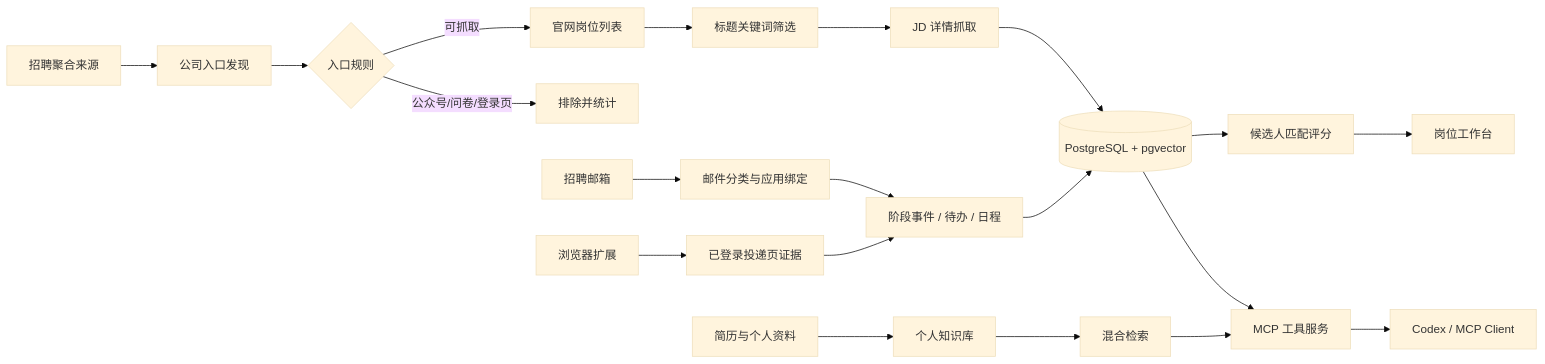
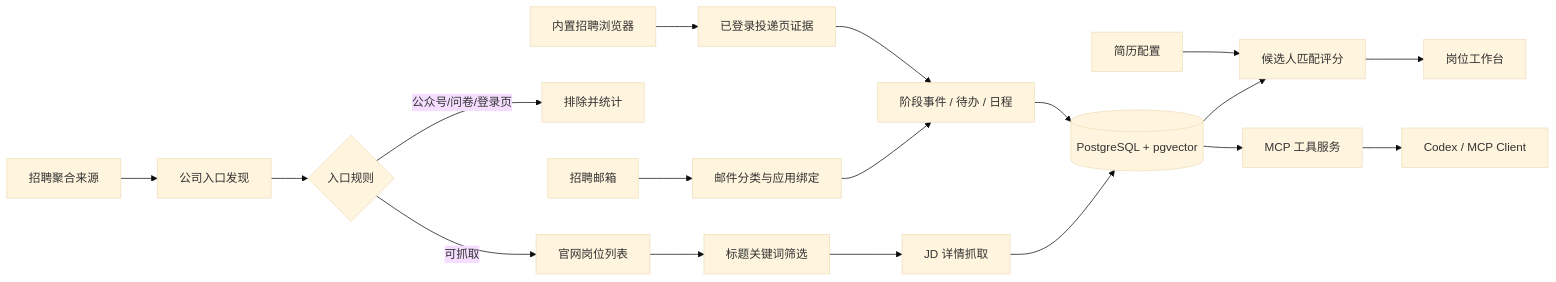
The diagram in README.md (849879772/recruitops-agent), drawn with Mermaid (base theme) before and after one commit. The commit also changed other lines of this file and 251 other files, not shown here.

````diff
--- a/README.md
+++ b/README.md
@@ -58,24 +57,22 @@
 ```mermaid
 flowchart LR
     A[招聘聚合来源] --> B[公司入口发现]
     B --> C{入口规则}
     C -->|可抓取| D[官网岗位列表]
     C -->|公众号/问卷/登录页| X[排除并统计]
     D --> E[标题关键词筛选]
     E --> F[JD 详情抓取]
     F --> G[(PostgreSQL + pgvector)]
     G --> H[候选人匹配评分]
     H --> I[岗位工作台]
 
     J[招聘邮箱] --> K[邮件分类与应用绑定]
     K --> L[阶段事件 / 待办 / 日程]
-    M[浏览器扩展] --> N[已登录投递页证据]
+    M[内置招聘浏览器] --> N[已登录投递页证据]
     N --> L
     L --> G
 
-    P[简历与个人资料] --> Q[个人知识库]
-    Q --> R[混合检索]
+    P[简历配置] --> H
     G --> S[MCP 工具服务]
-    R --> S
     S --> T[Codex / MCP Client]
 ```
````
